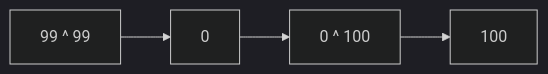
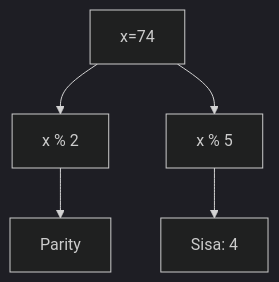
The ninth of 25 diagrams in part-c-pemahaman-cpp/06-bitwise/latihan/set-09.md (amnahwaida/OSNK_INF_PREP), drawn with Mermaid (dark theme) before and after one commit. The commit also changed other lines of this file and 71 other files, not shown here.

````diff
--- a/part-c-pemahaman-cpp/06-bitwise/latihan/set-09.md
+++ b/part-c-pemahaman-cpp/06-bitwise/latihan/set-09.md
@@ -264,6 +269,7 @@
 ```mermaid
-graph LR
-    A["99 ^ 99"] --> B[0]
-    B --> C["0 ^ 100"]
-    C --> D["100"]
+graph TD
+A[x=74] --> B[x % 2]
+B --> C[Parity]
+A --> D[x % 5]
+D --> E[Sisa: 4]
 ```
````
